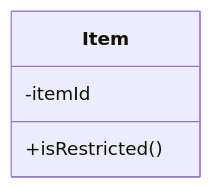
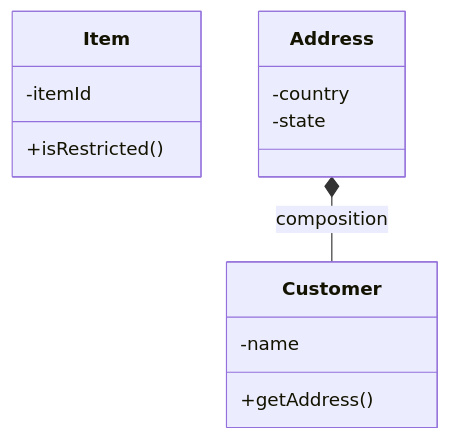
The diagram in oops/shopping-cart-uml.md (ashishdotme/wiki.ashish.me), drawn with Mermaid before and after one commit.

Commit message:
notes: update : 2024-07-31 12:05:27

````diff
--- a/oops/shopping-cart-uml.md
+++ b/oops/shopping-cart-uml.md
@@ -4,7 +4,16 @@
 ```mermaid
 classDiagram
 class Item {
 -itemId
 +isRestricted()
 }
+class Customer {
+-name
++getAddress()
+}
+class Address {
+-country
+-state
+}
+Address *-- Customer : composition 
 ```
````
